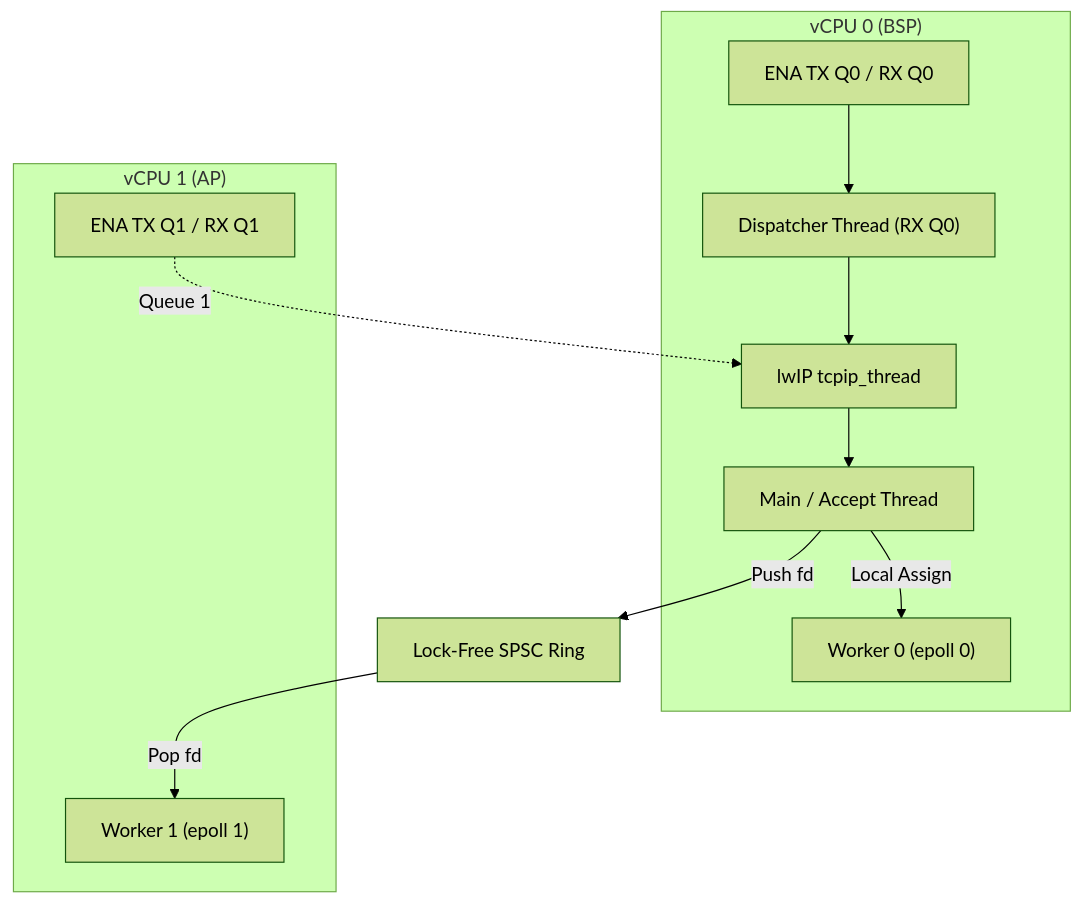
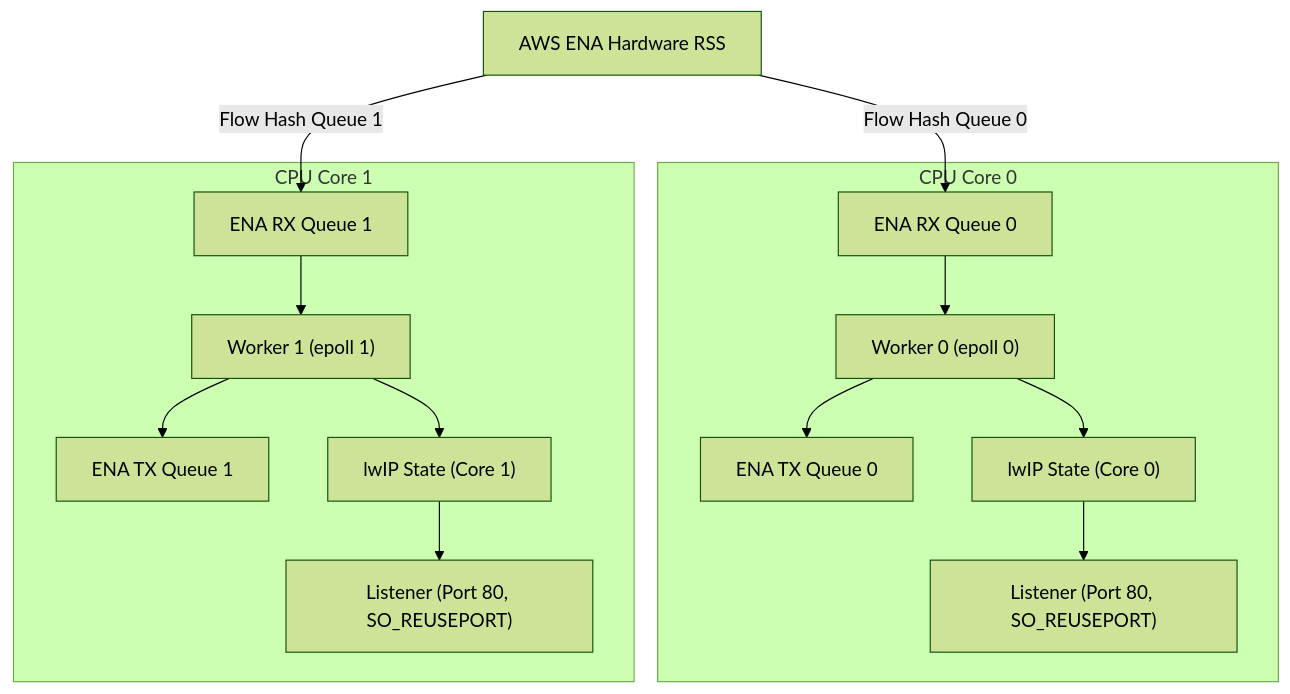
Before and after one commit to sibnick/lib-ena: the diagram in samples/httpreply-mc/README.md, drawn with Mermaid (forest theme). The commit also changed other lines of this file and 5 other files, not shown here.

````diff
--- a/samples/httpreply-mc/README.md
+++ b/samples/httpreply-mc/README.md
@@ -17,25 +19,33 @@
 ```mermaid
 graph TD
-    subgraph vCPU_0["vCPU 0 (BSP)"]
-        ENA_Q0["ENA TX Q0 / RX Q0"]
-        DISP_0["Dispatcher Thread (RX Q0)"]
-        TCPIP["lwIP tcpip_thread"]
-        ACCEPT["Main / Accept Thread"]
-        WORKER_0["Worker 0 (epoll 0)"]
+    NIC["AWS ENA Hardware RSS"]
+
+    subgraph Core_0["CPU Core 0"]
+        RX0["ENA RX Queue 0"]
+        TX0["ENA TX Queue 0"]
+        LWIP0["lwIP State (Core 0)"]
+        LISTEN0["Listener (Port 80, SO_REUSEPORT)"]
+        WORKER0["Worker 0 (epoll 0)"]
     end
 
-    subgraph vCPU_1["vCPU 1 (AP)"]
-        ENA_Q1["ENA TX Q1 / RX Q1"]
-        WORKER_1["Worker 1 (epoll 1)"]
+    subgraph Core_1["CPU Core 1"]
+        RX1["ENA RX Queue 1"]
+        TX1["ENA TX Queue 1"]
+        LWIP1["lwIP State (Core 1)"]
+        LISTEN1["Listener (Port 80, SO_REUSEPORT)"]
+        WORKER1["Worker 1 (epoll 1)"]
     end
 
-    RING["Lock-Free SPSC Ring"]
+    NIC -->|Flow Hash Queue 0| RX0
+    NIC -->|Flow Hash Queue 1| RX1
 
-    ENA_Q0 --> DISP_0
-    DISP_0 --> TCPIP
-    TCPIP --> ACCEPT
-    ACCEPT -->|Local Assign| WORKER_0
-    ACCEPT -->|Push fd| RING
-    RING -->|Pop fd| WORKER_1
-    ENA_Q1 -.->|Queue 1| TCPIP
+    RX0 --> WORKER0
+    WORKER0 --> LWIP0
+    LWIP0 --> LISTEN0
+    WORKER0 --> TX0
+
+    RX1 --> WORKER1
+    WORKER1 --> LWIP1
+    LWIP1 --> LISTEN1
+    WORKER1 --> TX1
 ```
````
